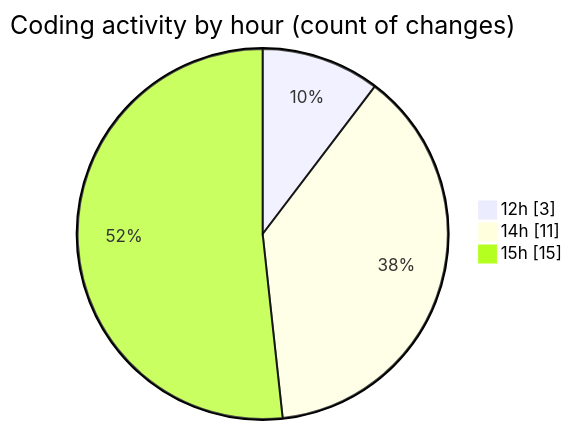
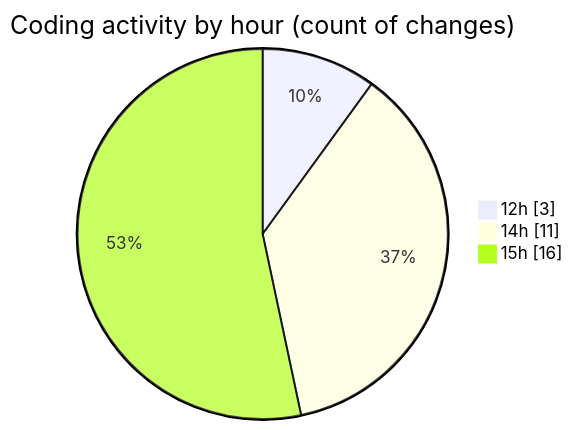
The second of 2 diagrams in 2026-07-27/untitled__workspace_/README.md (debugP/code-tracking), drawn with Mermaid before and after one commit. The commit also changed other lines of this file and 1 other file, not shown here.

````diff
--- a/2026-07-27/untitled__workspace_/README.md
+++ b/2026-07-27/untitled__workspace_/README.md
@@ -33,7 +33,7 @@
 ```mermaid
 pie showData
 title Coding activity by hour (count of changes)
 "12h" : 3
 "14h" : 11
-"15h" : 15
+"15h" : 16
 ```
````
